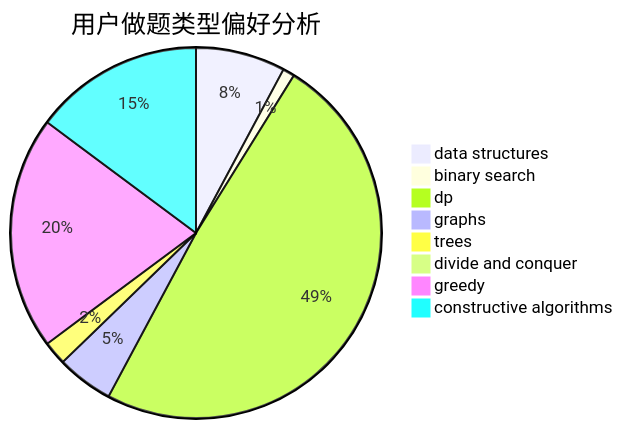
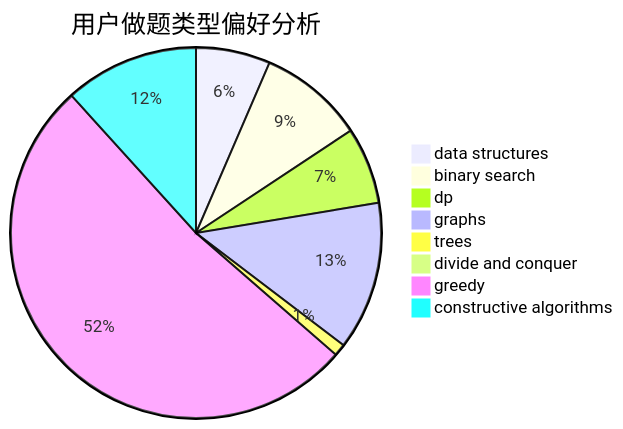
The second of 3 diagrams in docs/user/u237.md (sherpahu/cfrs.github.io), drawn with Mermaid before and after one commit. The commit also changed other lines of this file and 2770 other files, not shown here.

````diff
--- a/docs/user/u237.md
+++ b/docs/user/u237.md
@@ -23,11 +23,11 @@
 ```mermaid
 pie title 用户做题类型偏好分析
-    "data structures" :  38
-    "binary search" :  5
-    "dp" :  238
-    "graphs" :  24
-    "trees" :  10
+    "data structures" :  31
+    "binary search" :  44
+    "dp" :  32
+    "graphs" :  62
+    "trees" :  5
     "divide and conquer" :  0
-    "greedy" :  99
-    "constructive algorithms" :  72
+    "greedy" :  248
+    "constructive algorithms" :  56
 ```
````
